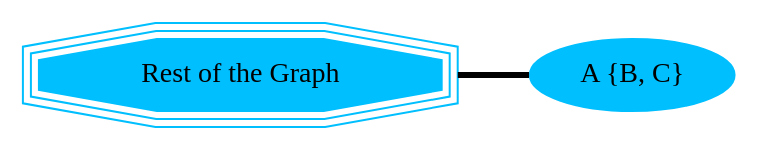
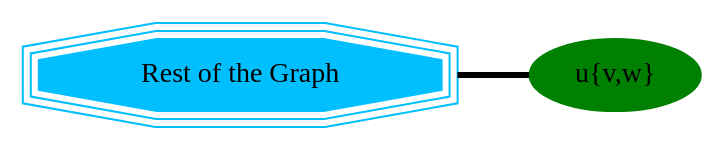
The seventh of 13 diagrams in doc/contraction/contraction-family.rst (pgRouting/pgrouting), drawn with Graphviz before and after one commit. The commit also changed other lines of this file and 5 other files, not shown here.

```diff
--- a/doc/contraction/contraction-family.rst
+++ b/doc/contraction/contraction-family.rst
@@ -132,11 +192,9 @@
 .. graphviz::
 
     digraph G {
-        A [style=filled;color=deepskyblue;label="A {B, C}";];
-        "G" [shape=tripleoctagon;
-        style=filled;color=deepskyblue;
-        label = "Rest of the Graph"];
+        u [style=filled; color=green, label="u{v,w}"];
+        "G" [shape=tripleoctagon;style=filled;color=deepskyblue; label = "Rest of the Graph"];
 
         rankdir=LR;
-        G -> A [dir=none, weight=1, penwidth=3];
+        G -> u [dir=none, weight=1, penwidth=3];
     }
```
